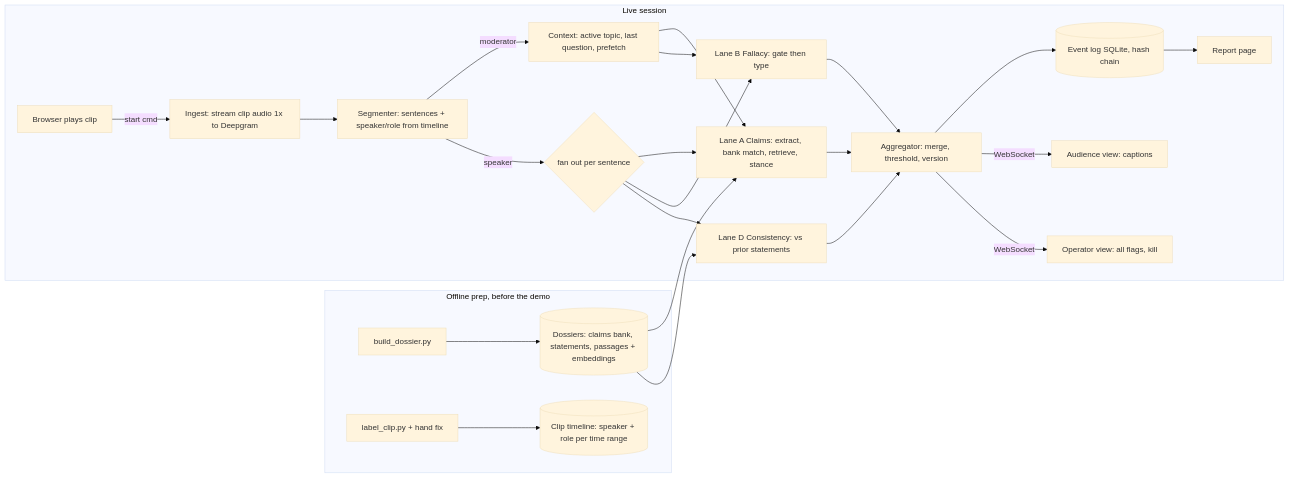
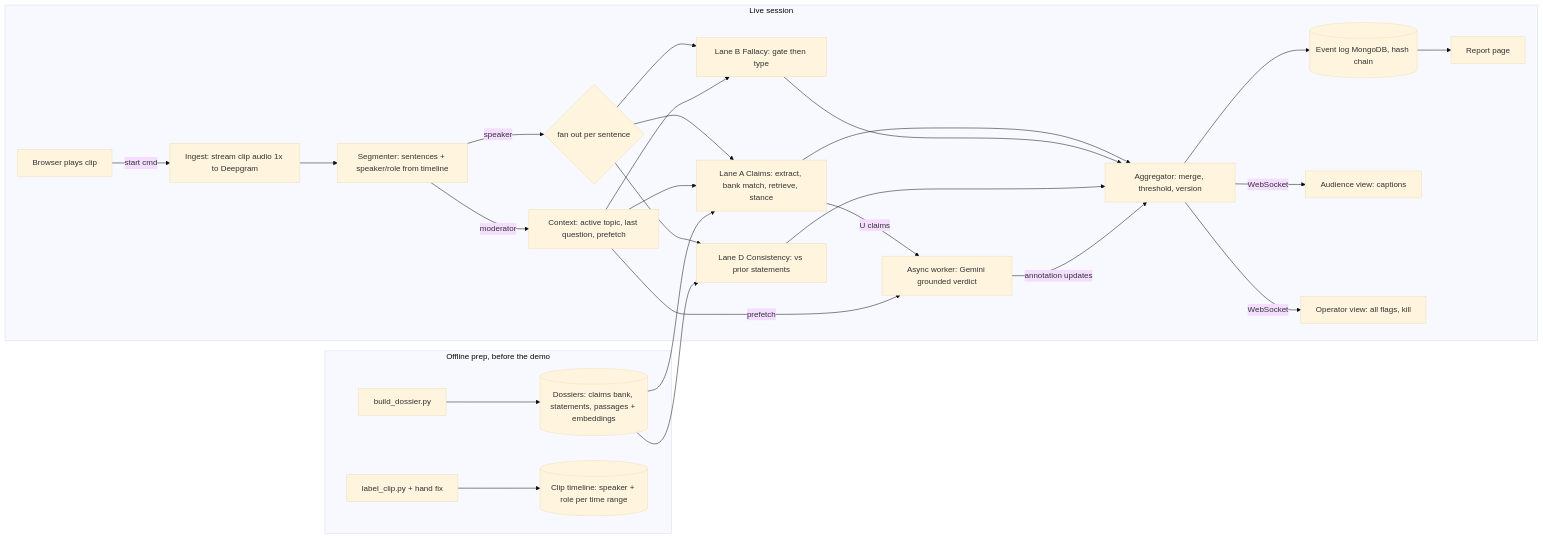
Before and after one commit to YanWirdiny/debate-agent: the diagram in CONTEXT.md, drawn with Mermaid (base theme). The commit also changed other lines of this file and 1 other file, not shown here.

````diff
--- a/CONTEXT.md
+++ b/CONTEXT.md
@@ -76,23 +78,26 @@
 ```mermaid
 flowchart LR
   subgraph PREP[Offline prep, before the demo]
     S1[build_dossier.py] --> KB[(Dossiers: claims bank, statements, passages + embeddings)]
     S2[label_clip.py + hand fix] --> TL[(Clip timeline: speaker + role per time range)]
   end
   subgraph LIVE[Live session]
     V[Browser plays clip] -- start cmd --> ING[Ingest: stream clip audio 1x to Deepgram]
     ING --> SEG[Segmenter: sentences + speaker/role from timeline]
     SEG -->|moderator| CTX[Context: active topic, last question, prefetch]
     SEG -->|speaker| FAN{fan out per sentence}
     FAN --> LA[Lane A Claims: extract, bank match, retrieve, stance]
     FAN --> LB[Lane B Fallacy: gate then type]
     FAN --> LD[Lane D Consistency: vs prior statements]
     CTX --> LA & LB
     KB --> LA & LD
     LA & LB & LD --> AGG[Aggregator: merge, threshold, version]
-    AGG --> LOG[(Event log SQLite, hash chain)]
+    LA -- U claims --> GW[Async worker: Gemini grounded verdict]
+    CTX -- prefetch --> GW
+    GW -- annotation updates --> AGG
+    AGG --> LOG[(Event log MongoDB, hash chain)]
     AGG -- WebSocket --> AUD[Audience view: captions]
     AGG -- WebSocket --> OP[Operator view: all flags, kill]
     LOG --> REP[Report page]
   end
 ```
````
